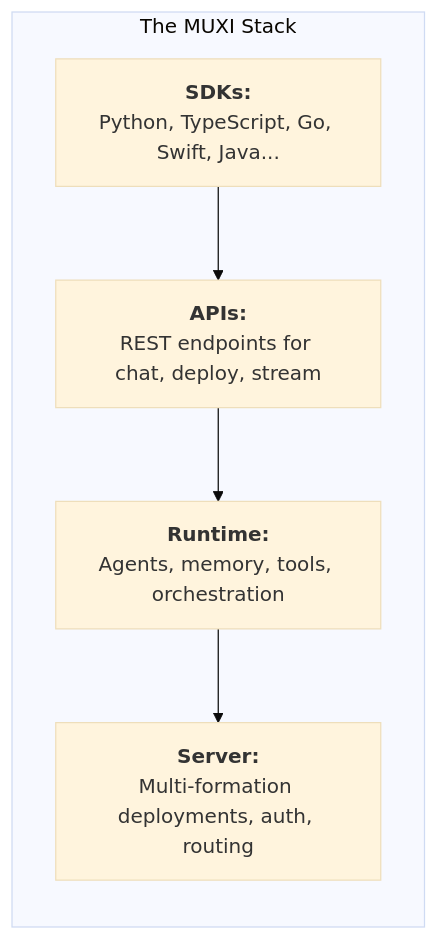
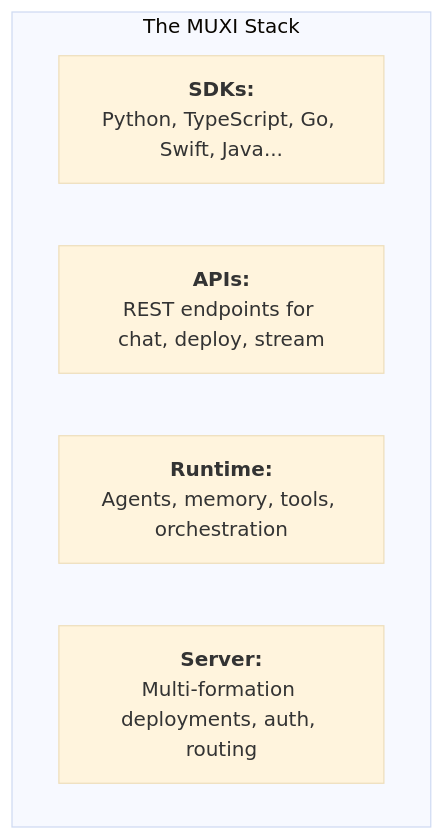
The diagram in docs/what-is-muxi.md (muxi-ai/muxi), drawn with Mermaid (base theme) before and after one commit.

Commit message:
docs: simplify MUXI stack diagram by removing unnecessary direction and connections

````diff
--- a/docs/what-is-muxi.md
+++ b/docs/what-is-muxi.md
@@ -21,13 +21,9 @@
 ```mermaid
 flowchart TB
     subgraph "The MUXI Stack"
-        direction TB
         A["<b>SDKs:</b><br>Python, TypeScript, Go, Swift, Java..."]
         B["<b>APIs:</b><br>REST endpoints for chat, deploy, stream"]
         C["<b>Runtime:</b><br>Agents, memory, tools, orchestration"]
         D["<b>Server:</b><br>Multi-formation deployments, auth, routing"]
     end
-    A --> B
-    B --> C
-    C --> D
 ```
````
